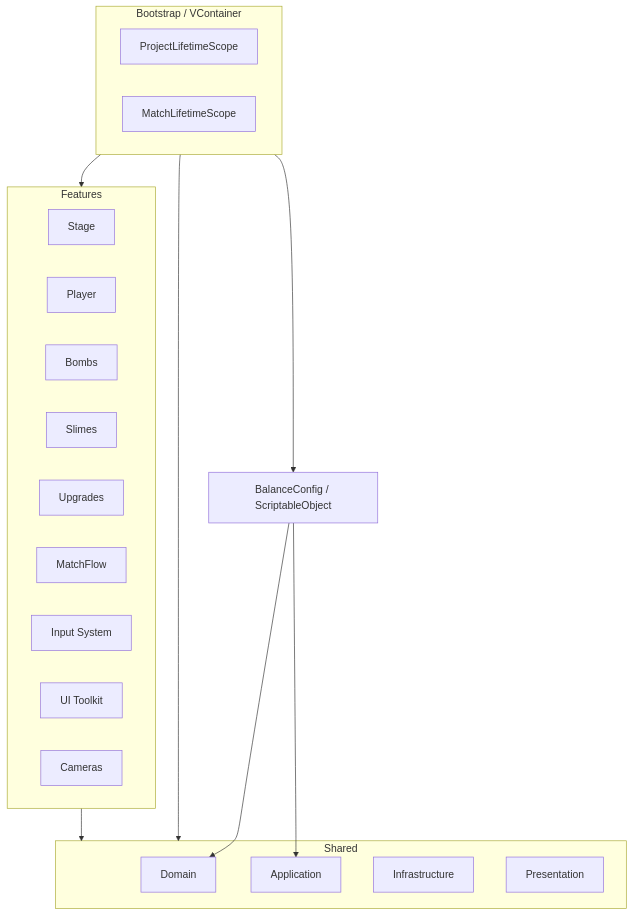
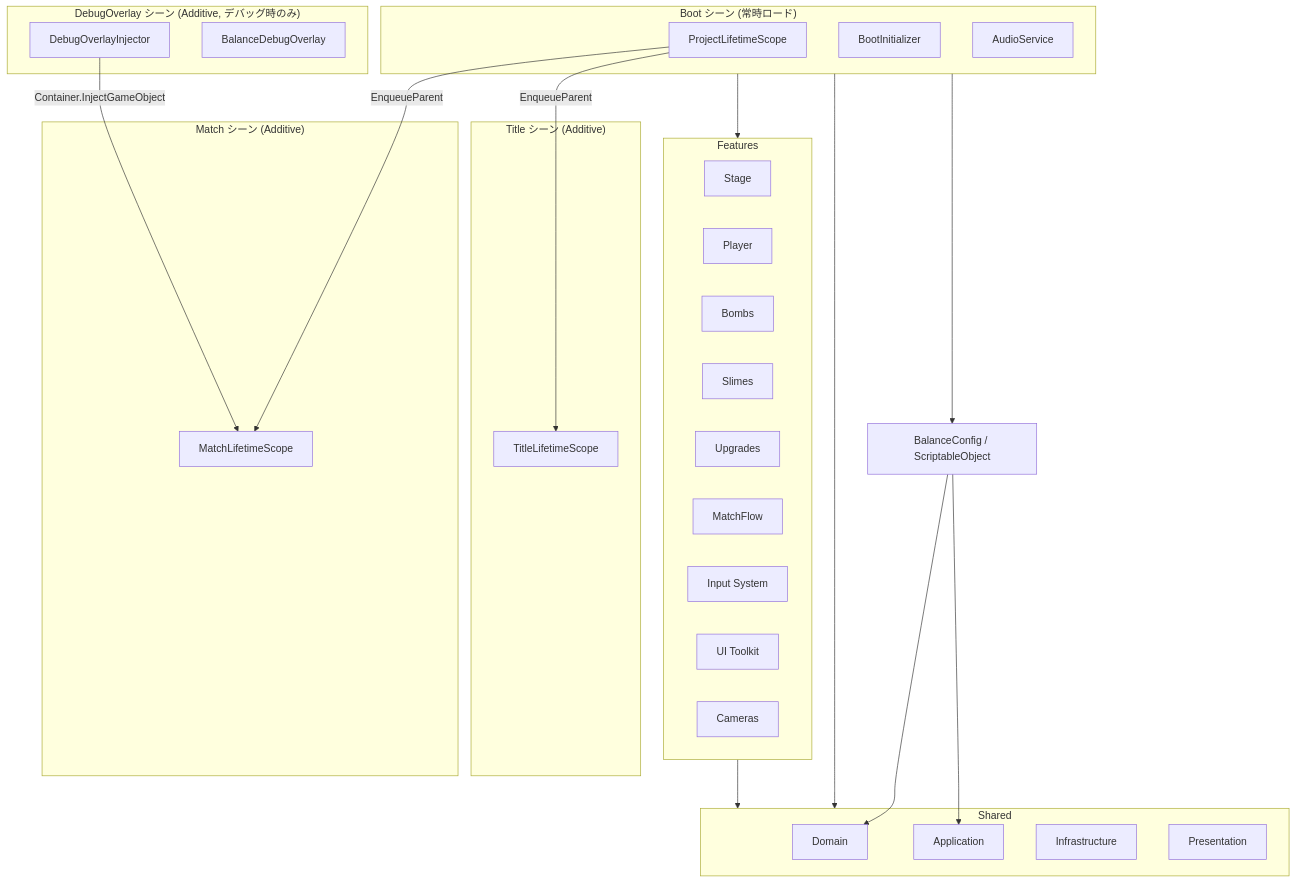
One commit to OUCC/2026-spring-hackathon-teamA changed the first of 10 diagrams in docs/architecture.md. Above: the diagram before and after it, drawn with Mermaid. The commit also changed other lines of this file and 2 other files, not shown here.

Commit message:
docs: Boot シーンパターン導入に伴うドキュメント更新
- architecture.md: 全体構造図を Boot/Title/Match/DebugOverlay の Additive 構成に更新、
  マッチフロー ライフサイクルを BootInitializer 起点に修正、実装進捗に Phase 17/17.5 追加
- worklog.md: 2026-03-28 の作業ログ追加 (設計判断・VContainer 仕様メモ含む)
- CLAUDE.md: シーン一覧に Boot/DebugOverlay 追加、ディレクトリ構造に Bootstrap/Debug 追加、
  ProjectLifetimeScope の Scope 方針を Boot.unity 前提に更新

````diff
--- a/docs/architecture.md
+++ b/docs/architecture.md
@@ -5,35 +5,52 @@
 ```mermaid
 flowchart TB
-    subgraph BS["Bootstrap / VContainer"]
+    subgraph BOOT["Boot シーン (常時ロード)"]
         PLS[ProjectLifetimeScope]
+        BINIT[BootInitializer]
+        AUDIO[AudioService]
+    end
+
+    subgraph TITLE["Title シーン (Additive)"]
+        TLS[TitleLifetimeScope]
+    end
+
+    subgraph MATCH["Match シーン (Additive)"]
         MLS[MatchLifetimeScope]
+    end
+
+    subgraph DEBUG["DebugOverlay シーン (Additive, デバッグ時のみ)"]
+        DOI[DebugOverlayInjector]
+        BDO[BalanceDebugOverlay]
     end
 
     subgraph SH["Shared"]
         SH_D[Domain]
         SH_A[Application]
         SH_I[Infrastructure]
         SH_P[Presentation]
     end
 
     subgraph FT["Features"]
         FT_ST[Stage]
         FT_PL[Player]
         FT_BM[Bombs]
         FT_SL[Slimes]
         FT_UP[Upgrades]
         FT_MF[MatchFlow]
         FT_IN["Input System"]
         FT_UI["UI Toolkit"]
         FT_CM[Cameras]
     end
 
     SOB["BalanceConfig / ScriptableObject"]
 
-    BS --> FT
-    BS --> SH
-    BS --> SOB
+    PLS -->|EnqueueParent| TLS
+    PLS -->|EnqueueParent| MLS
+    DOI -->|Container.InjectGameObject| MLS
+    BOOT --> FT
+    BOOT --> SH
+    BOOT --> SOB
     FT --> SH
     SOB --> SH_A
     SOB --> SH_D
 ```
````
